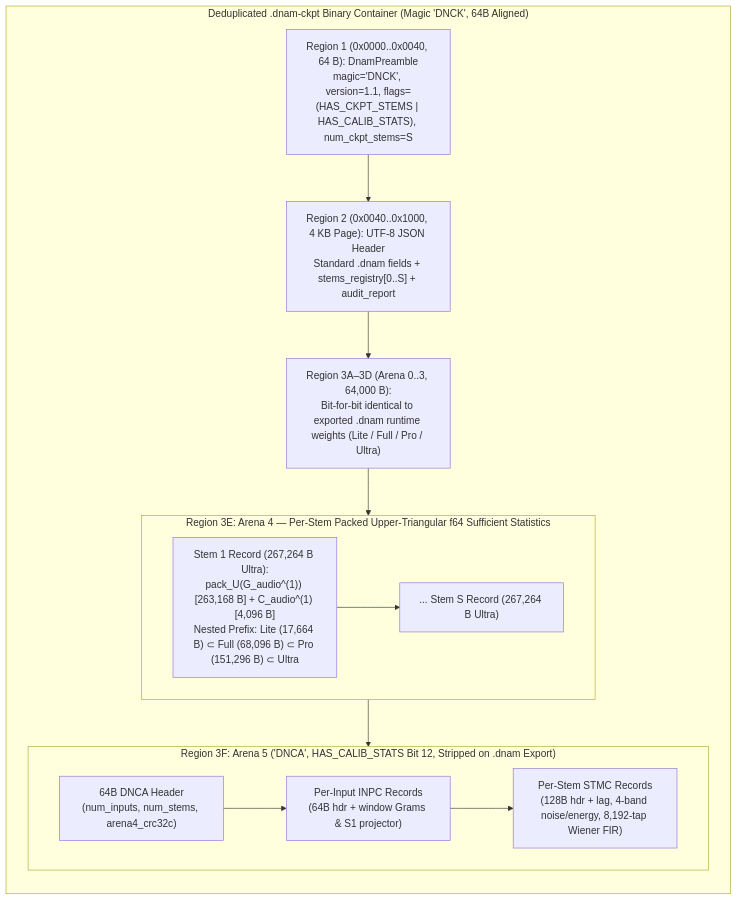
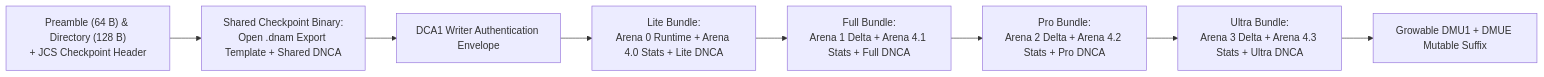
The diagram in docs/containers/checkpoint_and_cache_format.md (dnam-project/dnam), drawn with Mermaid before and after one commit. The commit also changed other lines of this file and 105 other files, not shown here.

````diff
--- a/docs/containers/checkpoint_and_cache_format.md
+++ b/docs/containers/checkpoint_and_cache_format.md
@@ -8,23 +5,10 @@
 ```mermaid
-flowchart TB
-    subgraph Ckpt ["Deduplicated .dnam-ckpt Binary Container (Magic 'DNCK', 64B Aligned)"]
-        direction TB
-        P["Region 1 (0x0000..0x0040, 64 B): DnamPreamble<br/>magic='DNCK', version=1.1, flags=(HAS_CKPT_STEMS | HAS_CALIB_STATS), num_ckpt_stems=S"]
-        J["Region 2 (0x0040..0x1000, 4 KB Page): UTF-8 JSON Header<br/>Standard .dnam fields + stems_registry[0..S] + audit_report"]
-        A03["Region 3A–3D (Arena 0..3, 64,000 B):<br/>Bit-for-bit identical to exported .dnam runtime weights (Lite / Full / Pro / Ultra)"]
-        subgraph A4 ["Region 3E: Arena 4 — Per-Stem Packed Upper-Triangular f64 Sufficient Statistics"]
-            direction LR
-            S1["Stem 1 Record (267,264 B Ultra):<br/>pack_U(G_audio^(1)) [263,168 B] + C_audio^(1) [4,096 B]<br/>Nested Prefix: Lite (17,664 B) ⊂ Full (68,096 B) ⊂ Pro (151,296 B) ⊂ Ultra"]
-            SS["... Stem S Record (267,264 B Ultra)"]
-            S1 --> SS
-        end
-        subgraph A5 ["Region 3F: Arena 5 ('DNCA', HAS_CALIB_STATS Bit 12, Stripped on .dnam Export)"]
-            direction LR
-            H5["64B DNCA Header<br/>(num_inputs, num_stems, arena4_crc32c)"]
-            INPC["Per-Input INPC Records<br/>(64B hdr + window Grams & S1 projector)"]
-            STMC["Per-Stem STMC Records<br/>(128B hdr + lag, 4-band noise/energy, 8,192-tap Wiener FIR)"]
-            H5 --> INPC --> STMC
-        end
-        P --> J --> A03 --> A4 --> A5
-    end
+flowchart LR
+    P["Preamble (64 B) & Directory (128 B)<br/>+ JCS Checkpoint Header"] --> S["Shared Checkpoint Binary:<br/>Open .dnam Export Template + Shared DNCA"]
+    S --> A["DCA1 Writer Authentication Envelope"]
+    A --> B0["Lite Bundle:<br/>Arena 0 Runtime + Arena 4.0 Stats + Lite DNCA"]
+    B0 --> B1["Full Bundle:<br/>Arena 1 Delta + Arena 4.1 Stats + Full DNCA"]
+    B1 --> B2["Pro Bundle:<br/>Arena 2 Delta + Arena 4.2 Stats + Pro DNCA"]
+    B2 --> B3["Ultra Bundle:<br/>Arena 3 Delta + Arena 4.3 Stats + Ultra DNCA"]
+    B3 --> M["Growable DMU1 + DMUE Mutable Suffix"]
 ```
````
